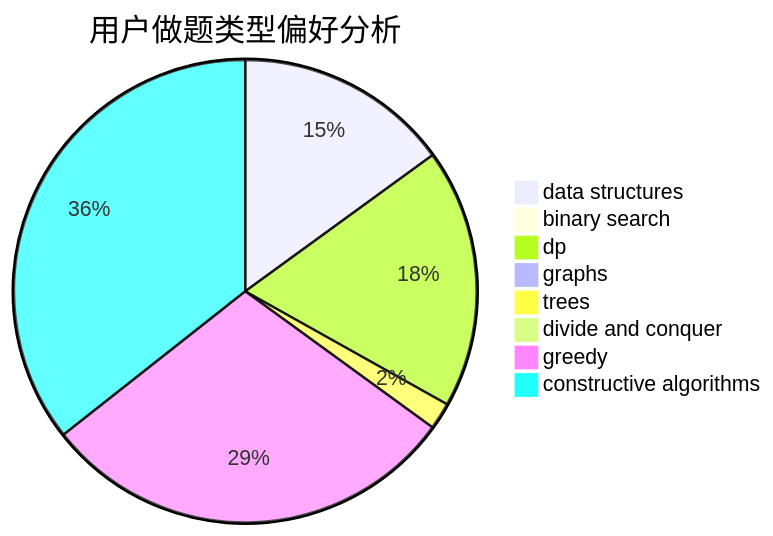
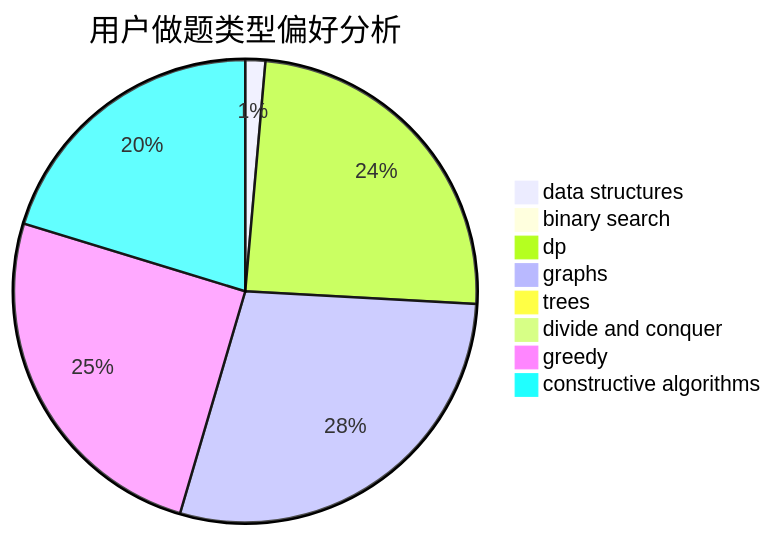
Before and after one commit to sherpahu/cfrs.github.io: the second of 3 diagrams in docs/user/u2520.md, drawn with Mermaid. The commit also changed other lines of this file and 2770 other files, not shown here.

````diff
--- a/docs/user/u2520.md
+++ b/docs/user/u2520.md
@@ -23,11 +23,11 @@
 ```mermaid
 pie title 用户做题类型偏好分析
-    "data structures" :  24
+    "data structures" :  2
     "binary search" :  0
-    "dp" :  29
-    "graphs" :  0
-    "trees" :  3
-    "divide and conquer" :  0
-    "greedy" :  47
-    "constructive algorithms" :  57
+    "dp" :  35
+    "graphs" :  41
+    "trees" :  0
+    "divide and conquer" :  1
+    "greedy" :  36
+    "constructive algorithms" :  29
 ```
````
